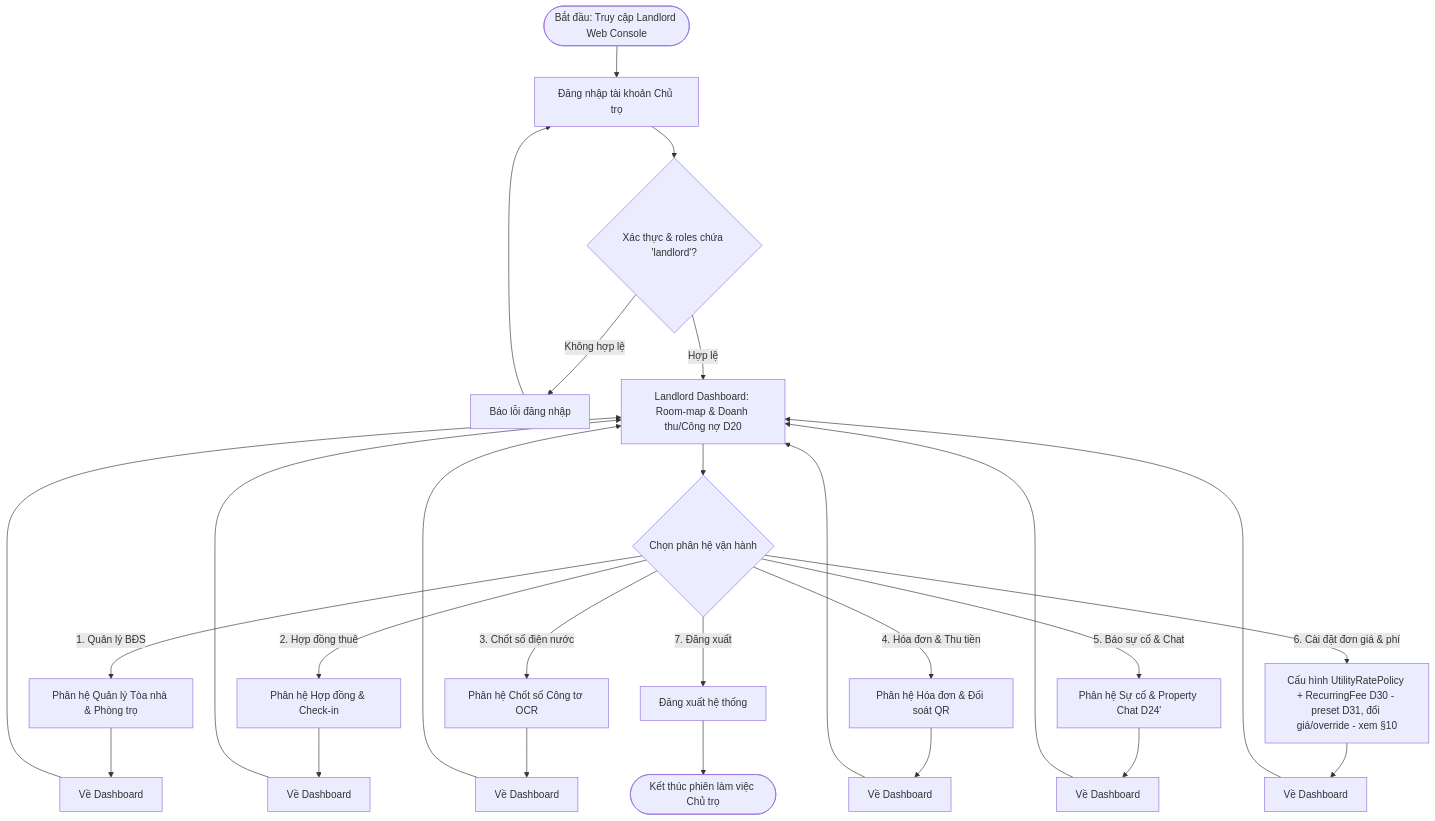
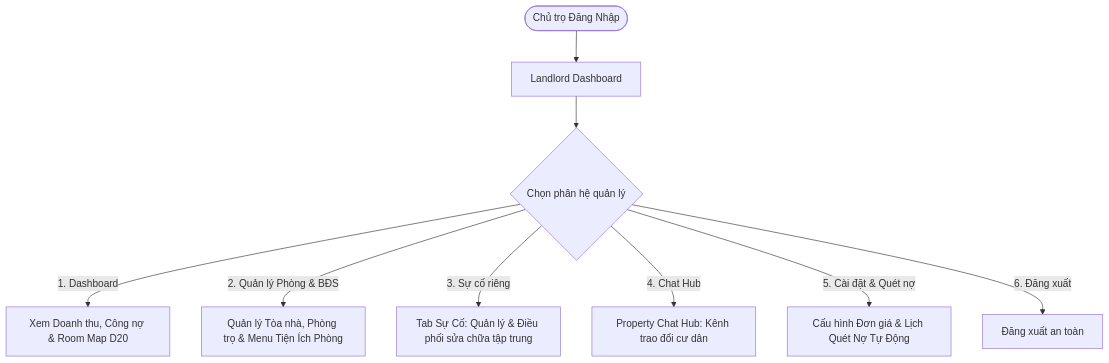
The first of 9 diagrams in phase-1/discovery/user_flow/landlord_user_flow.md (pbl6-home-renter/docs), drawn with Mermaid before and after one commit. The commit also changed other lines of this file and 7 other files, not shown here.

Commit message:
feat: update userflow and admin - landlord web wireframe

````diff
--- a/phase-1/discovery/user_flow/landlord_user_flow.md
+++ b/phase-1/discovery/user_flow/landlord_user_flow.md
@@ -9,29 +28,12 @@
 ```mermaid
 flowchart TD
-    StartLL([Bắt đầu: Truy cập Landlord Web Console]) --> LL_Login[Đăng nhập tài khoản Chủ trọ]
-    LL_Login --> LL_AuthCheck{Xác thực & roles chứa 'landlord'?}
+    StartLL([Chủ trọ Đăng Nhập]) --> HomeLL[Landlord Dashboard]
+    HomeLL --> MainNav{Chọn phân hệ quản lý}
     
-    LL_AuthCheck -->|Không hợp lệ| LL_AuthError[Báo lỗi đăng nhập]
-    LL_AuthError --> LL_Login
-    
-    LL_AuthCheck -->|Hợp lệ| LL_Dashboard[Landlord Dashboard: Room-map & Doanh thu/Công nợ D20]
-    
-    LL_Dashboard --> LL_Nav{Chọn phân hệ vận hành}
-    
-    LL_Nav -->|1. Quản lý BĐS| Mod_Property[Phân hệ Quản lý Tòa nhà & Phòng trọ]
-    LL_Nav -->|2. Hợp đồng thuê| Mod_Contract[Phân hệ Hợp đồng & Check-in]
-    LL_Nav -->|3. Chốt số điện nước| Mod_Utility[Phân hệ Chốt số Công tơ OCR]
-    LL_Nav -->|4. Hóa đơn & Thu tiền| Mod_Billing[Phân hệ Hóa đơn & Đối soát QR]
-    LL_Nav -->|5. Báo sự cố & Chat| Mod_Issue[Phân hệ Sự cố & Property Chat D24']
-    LL_Nav -->|6. Cài đặt đơn giá & phí| Mod_Settings[Cấu hình UtilityRatePolicy + RecurringFee D30 - preset D31, đổi giá/override - xem §10]
-    LL_Nav -->|7. Đăng xuất| LL_Logout[Đăng xuất hệ thống]
-    
-    Mod_Property --> RetDash1[Về Dashboard] --> LL_Dashboard
-    Mod_Contract --> RetDash2[Về Dashboard] --> LL_Dashboard
-    Mod_Utility --> RetDash3[Về Dashboard] --> LL_Dashboard
-    Mod_Billing --> RetDash4[Về Dashboard] --> LL_Dashboard
-    Mod_Issue --> RetDash5[Về Dashboard] --> LL_Dashboard
-    Mod_Settings --> RetDash6[Về Dashboard] --> LL_Dashboard
-    
-    LL_Logout --> EndLL([Kết thúc phiên làm việc Chủ trọ])
+    MainNav -->|1. Dashboard| TabDash[Xem Doanh thu, Công nợ & Room Map D20]
+    MainNav -->|2. Quản lý Phòng & BĐS| TabProp[Quản lý Tòa nhà, Phòng trọ & Menu Tiện Ích Phòng]
+    MainNav -->|3. Sự cố riêng| TabIssues[Tab Sự Cố: Quản lý & Điều phối sửa chữa tập trung]
+    MainNav -->|4. Chat Hub| TabChat[Property Chat Hub: Kênh trao đổi cư dân]
+    MainNav -->|5. Cài đặt & Quét nợ| TabSettings[Cấu hình Đơn giá & Lịch Quét Nợ Tự Động]
+    MainNav -->|6. Đăng xuất| LogoutLL[Đăng xuất an toàn]
 ```
````
